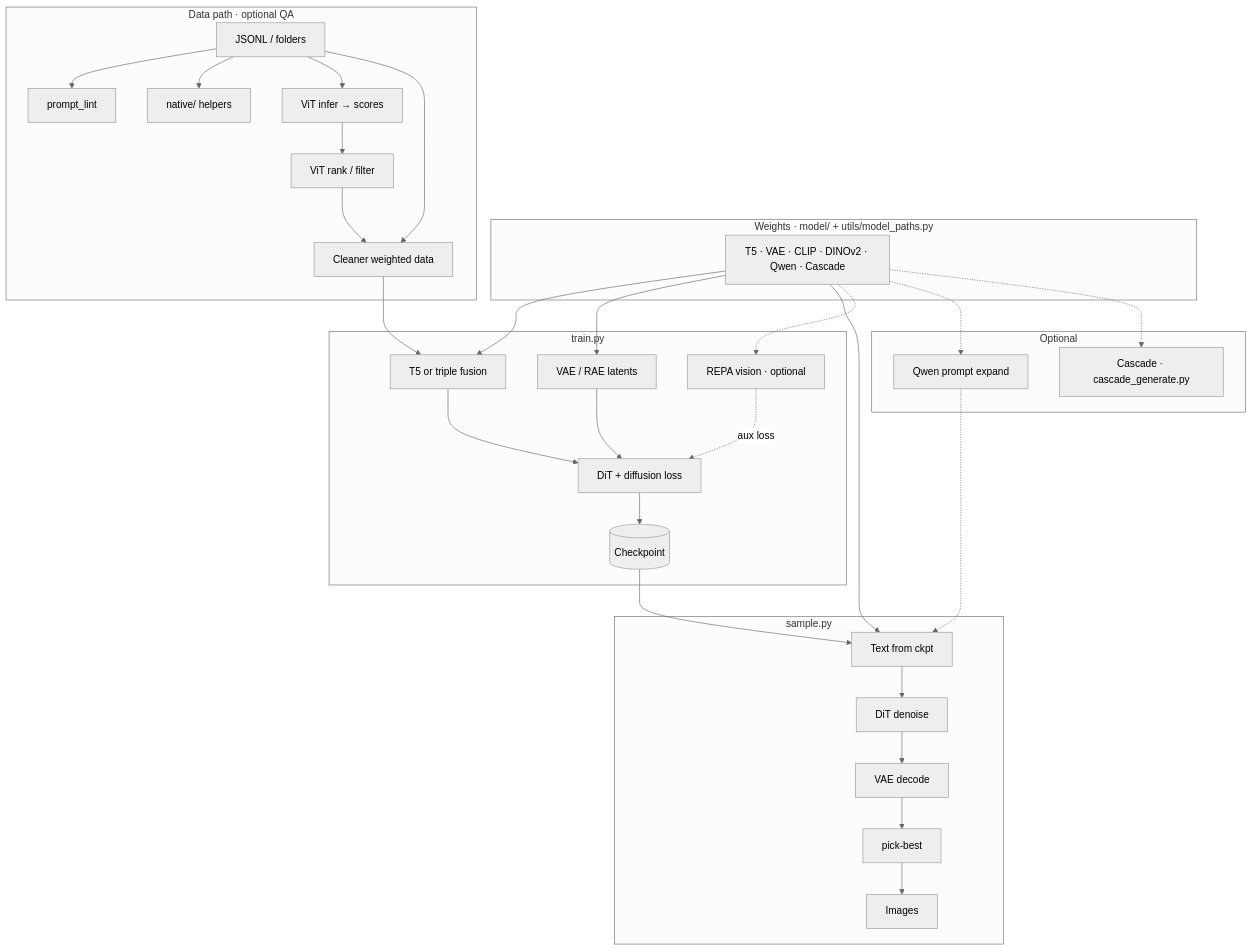
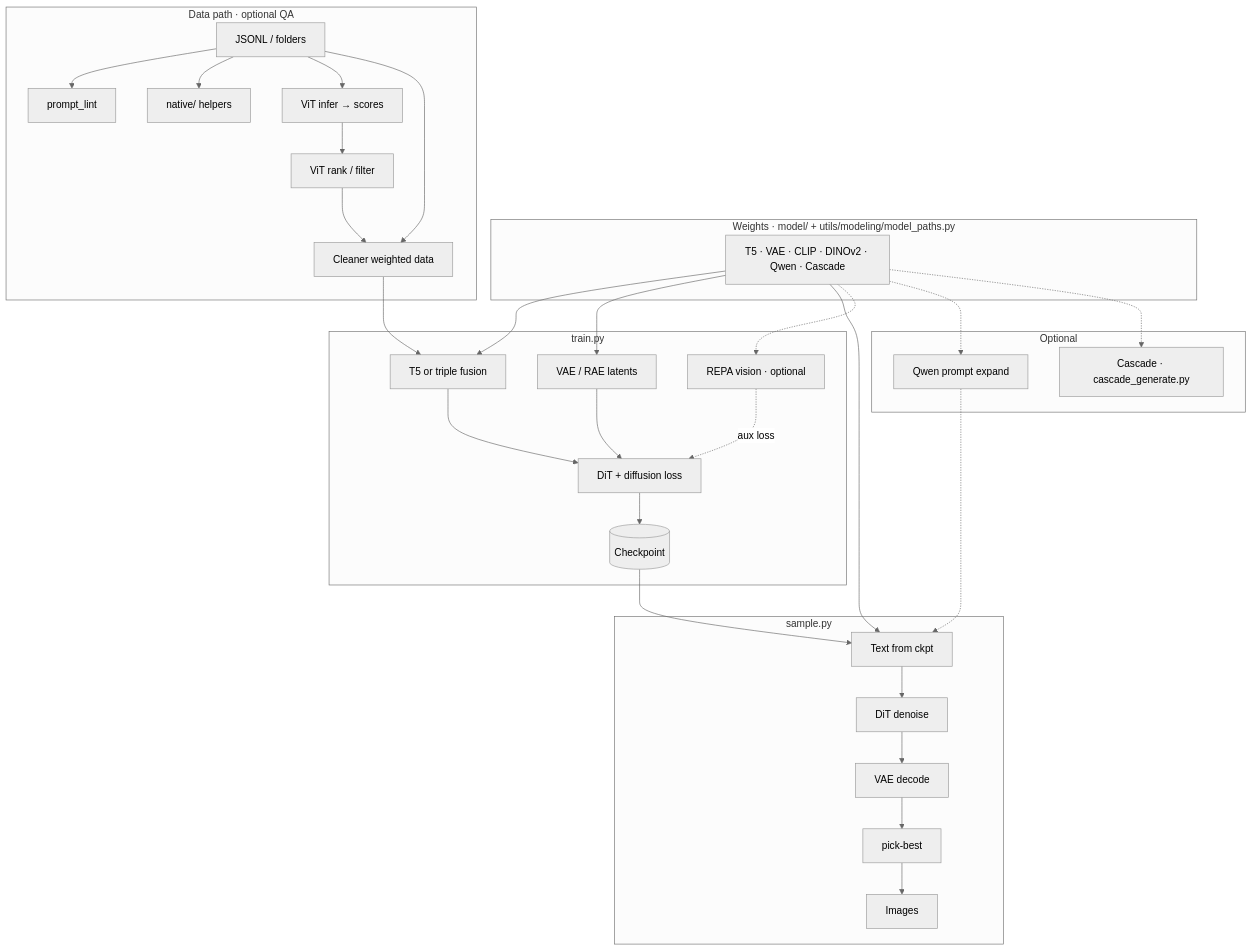
The third of 6 diagrams in README.md (Llunarstack/sdx), drawn with Mermaid before and after one commit. The commit also changed other lines of this file, not shown here.

````diff
--- a/README.md
+++ b/README.md
@@ -293,53 +320,53 @@
 ```mermaid
 %%{init: {'theme':'neutral'}}%%
 flowchart TB
-  subgraph WG["Weights · model/ + utils/model_paths.py"]
+  subgraph WG["Weights · model/ + utils/modeling/model_paths.py"]
     W[T5 · VAE · CLIP · DINOv2 · Qwen · Cascade]
   end
 
   subgraph DL["Data path · optional QA"]
     DS[JSONL / folders]
     DS --> PL[prompt_lint]
     DS --> NT[native/ helpers]
     DS --> V1[ViT infer → scores]
     V1 --> V2[ViT rank / filter]
     V2 --> DS2[Cleaner weighted data]
     DS --> DS2
   end
 
   subgraph TR["train.py"]
     TE[T5 or triple fusion]
     VA[VAE / RAE latents]
     REP[REPA vision · optional]
     DIT[DiT + diffusion loss]
     CKPT[(Checkpoint)]
     TE --> DIT
     VA --> DIT
     REP -.->|aux loss| DIT
     DIT --> CKPT
   end
 
   subgraph SM["sample.py"]
     TE2[Text from ckpt]
     DN[DiT denoise]
     DC[VAE decode]
     PB[pick-best]
     IMG[Images]
     TE2 --> DN --> DC --> PB --> IMG
   end
 
   subgraph OP["Optional"]
     QW[Qwen prompt expand]
     CAS[Cascade · cascade_generate.py]
   end
 
   W --> TE
   W --> VA
   W --> TE2
   W -.-> REP
   W -.-> QW
   W -.-> CAS
   DS2 --> TE
   CKPT --> TE2
   QW -.-> TE2
 ```
````
